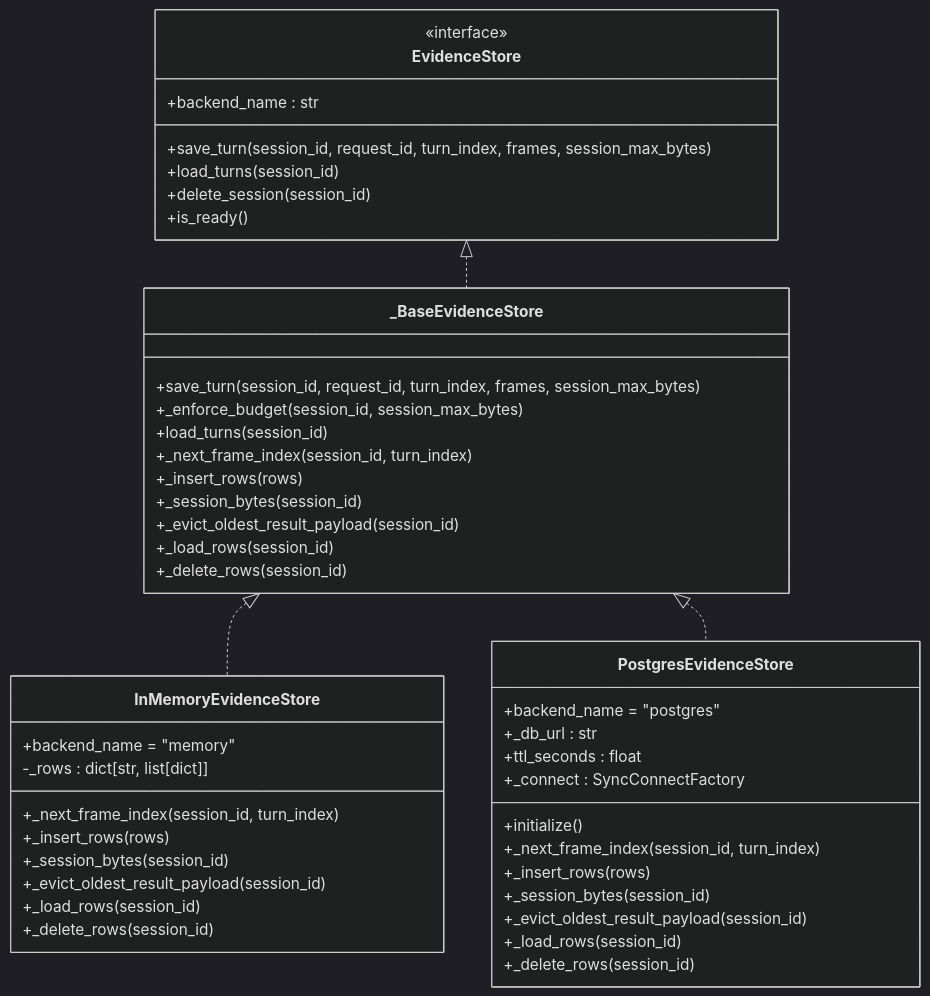
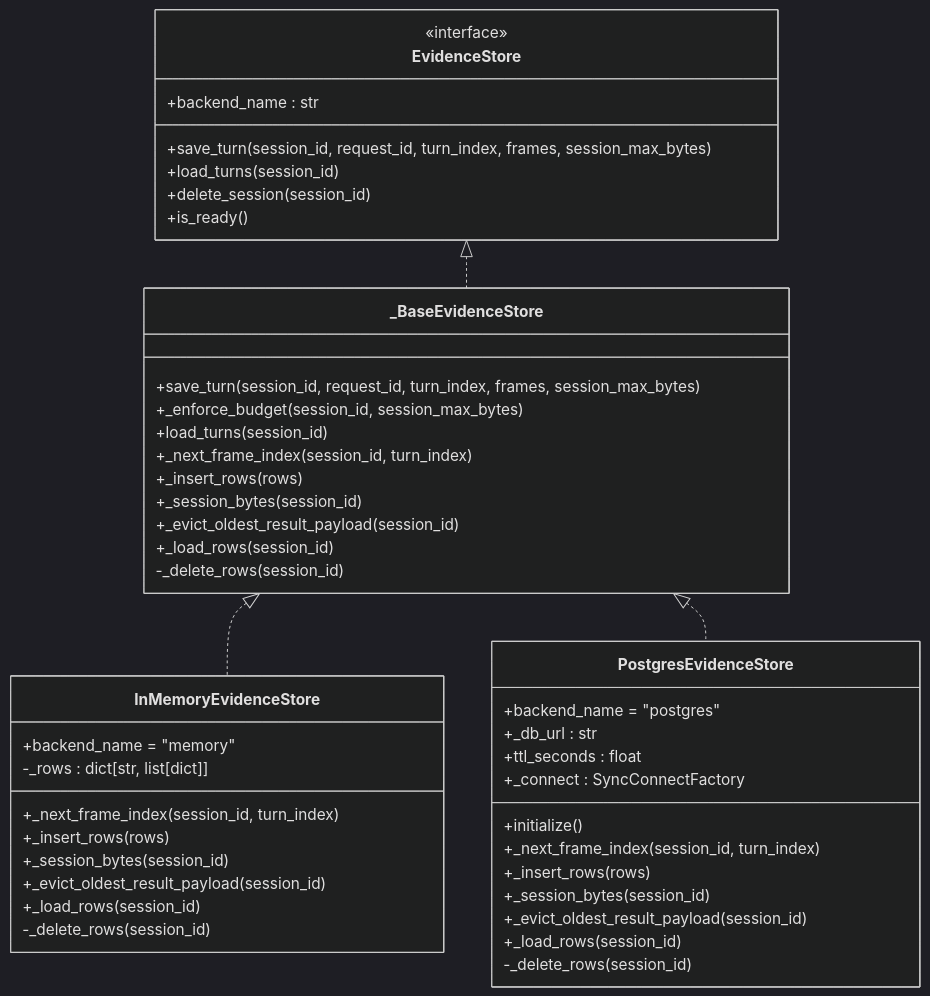
Before and after one commit to metasync/luban-aiops: diagram 25 of 33 in .qoder/repowiki/en/content/Agent Platform Service/Agent Platform Service.md, drawn with Mermaid (dark theme). The commit also changed other lines of this file and 5 other files, not shown here.

````diff
--- a/.qoder/repowiki/en/content/Agent Platform Service/Agent Platform Service.md
+++ b/.qoder/repowiki/en/content/Agent Platform Service/Agent Platform Service.md
@@ -1458,48 +1483,48 @@
 ```mermaid
 classDiagram
 class EvidenceStore {
 <<interface>>
 +backend_name : str
 +save_turn(session_id, request_id, turn_index, frames, session_max_bytes)
 +load_turns(session_id)
 +delete_session(session_id)
 +is_ready()
 }
 class _BaseEvidenceStore {
 +save_turn(session_id, request_id, turn_index, frames, session_max_bytes)
 +_enforce_budget(session_id, session_max_bytes)
 +load_turns(session_id)
 +_next_frame_index(session_id, turn_index)
 +_insert_rows(rows)
 +_session_bytes(session_id)
 +_evict_oldest_result_payload(session_id)
 +_load_rows(session_id)
-+_delete_rows(session_id)
+-_delete_rows(session_id)
 }
 class InMemoryEvidenceStore {
 +backend_name = "memory"
 -_rows : dict[str, list[dict]]
 +_next_frame_index(session_id, turn_index)
 +_insert_rows(rows)
 +_session_bytes(session_id)
 +_evict_oldest_result_payload(session_id)
 +_load_rows(session_id)
-+_delete_rows(session_id)
+-_delete_rows(session_id)
 }
 class PostgresEvidenceStore {
 +backend_name = "postgres"
 +_db_url : str
 +ttl_seconds : float
 +_connect : SyncConnectFactory
 +initialize()
 +_next_frame_index(session_id, turn_index)
 +_insert_rows(rows)
 +_session_bytes(session_id)
 +_evict_oldest_result_payload(session_id)
 +_load_rows(session_id)
-+_delete_rows(session_id)
+-_delete_rows(session_id)
 }
 EvidenceStore <|.. _BaseEvidenceStore
 _BaseEvidenceStore <|.. InMemoryEvidenceStore
 _BaseEvidenceStore <|.. PostgresEvidenceStore
 ```
````
